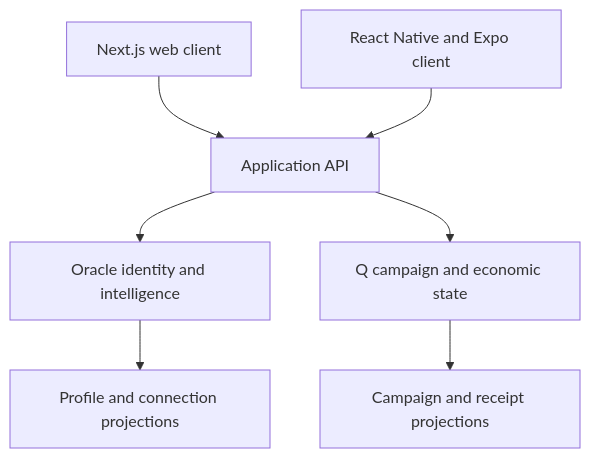
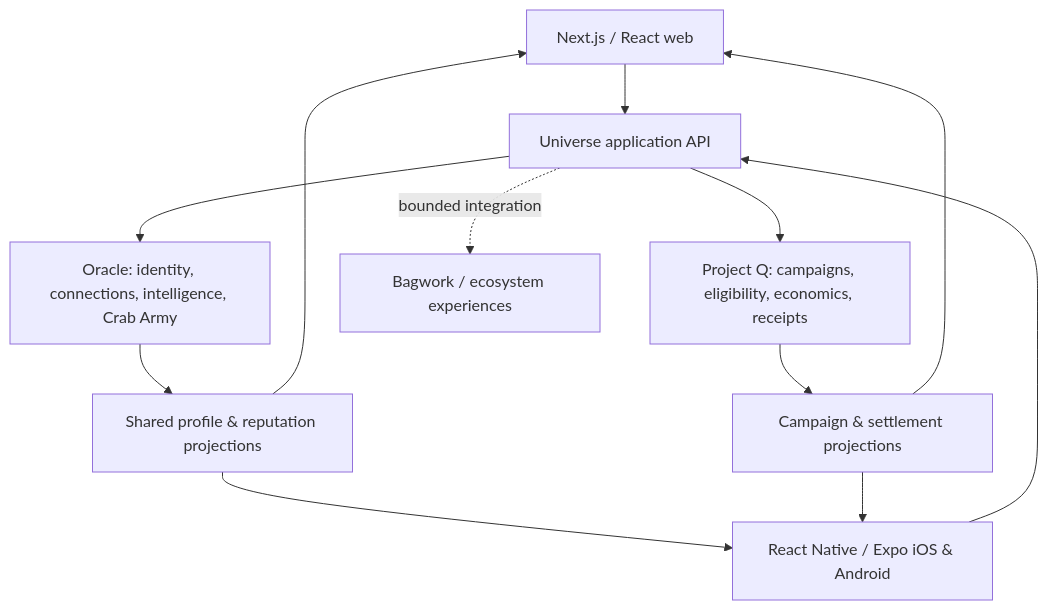
The diagram in case-studies/universe.md (darealrektrush/darealrektrush), drawn with Mermaid before and after one commit. The commit also changed other lines of this file, not shown here.

Commit message:
docs(case-study): expand universe architecture and evidence

````diff
--- a/case-studies/universe.md
+++ b/case-studies/universe.md
@@ -34,9 +25,14 @@
 ```mermaid
 flowchart TD
-    W["Next.js web client"] --> A["Application API"]
-    M["React Native and Expo client"] --> A
-    A --> O["Oracle identity and intelligence"]
-    A --> Q["Q campaign and economic state"]
-    O --> P["Profile and connection projections"]
-    Q --> C["Campaign and receipt projections"]
+  W["Next.js / React web"] --> A["Universe application API"]
+  M["React Native / Expo iOS & Android"] --> A
+  A --> O["Oracle: identity, connections, intelligence, Crab Army"]
+  A --> Q["Project Q: campaigns, eligibility, economics, receipts"]
+  A -. "bounded integration" .-> B["Bagwork / ecosystem experiences"]
+  O --> P["Shared profile & reputation projections"]
+  Q --> C["Campaign & settlement projections"]
+  P --> W
+  P --> M
+  C --> W
+  C --> M
 ```
````
